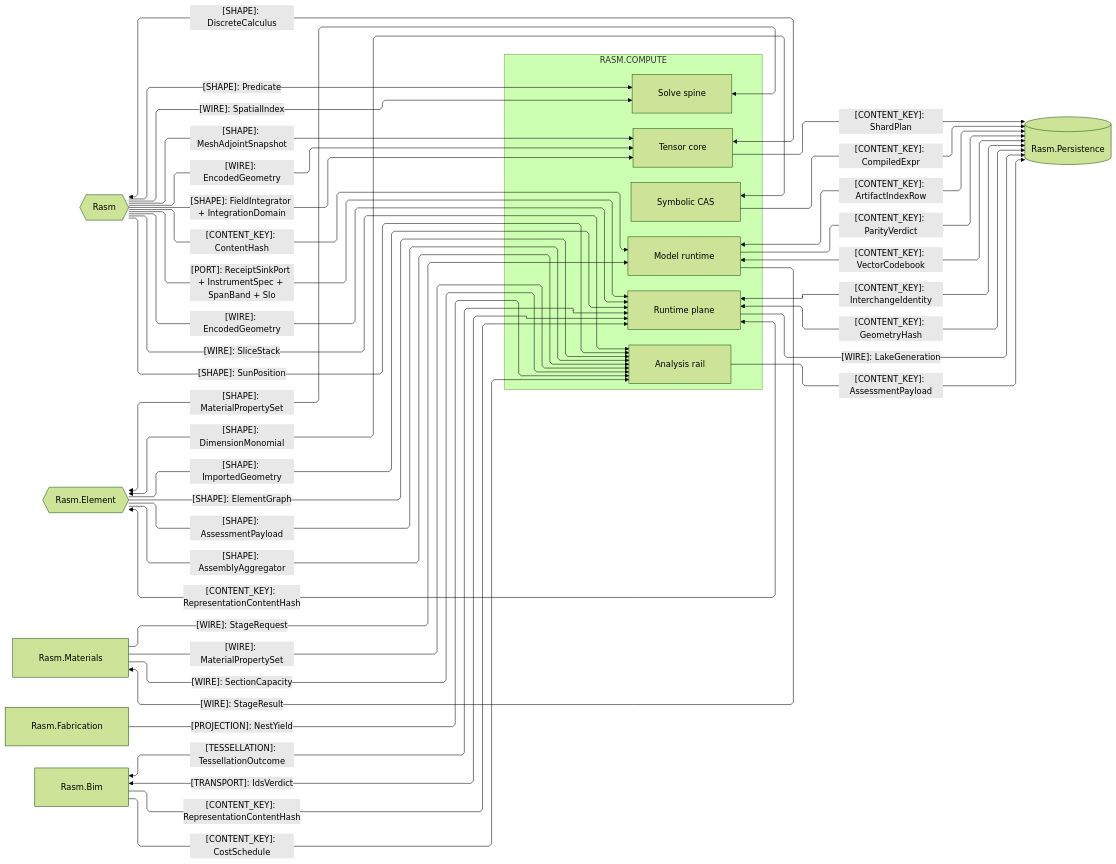
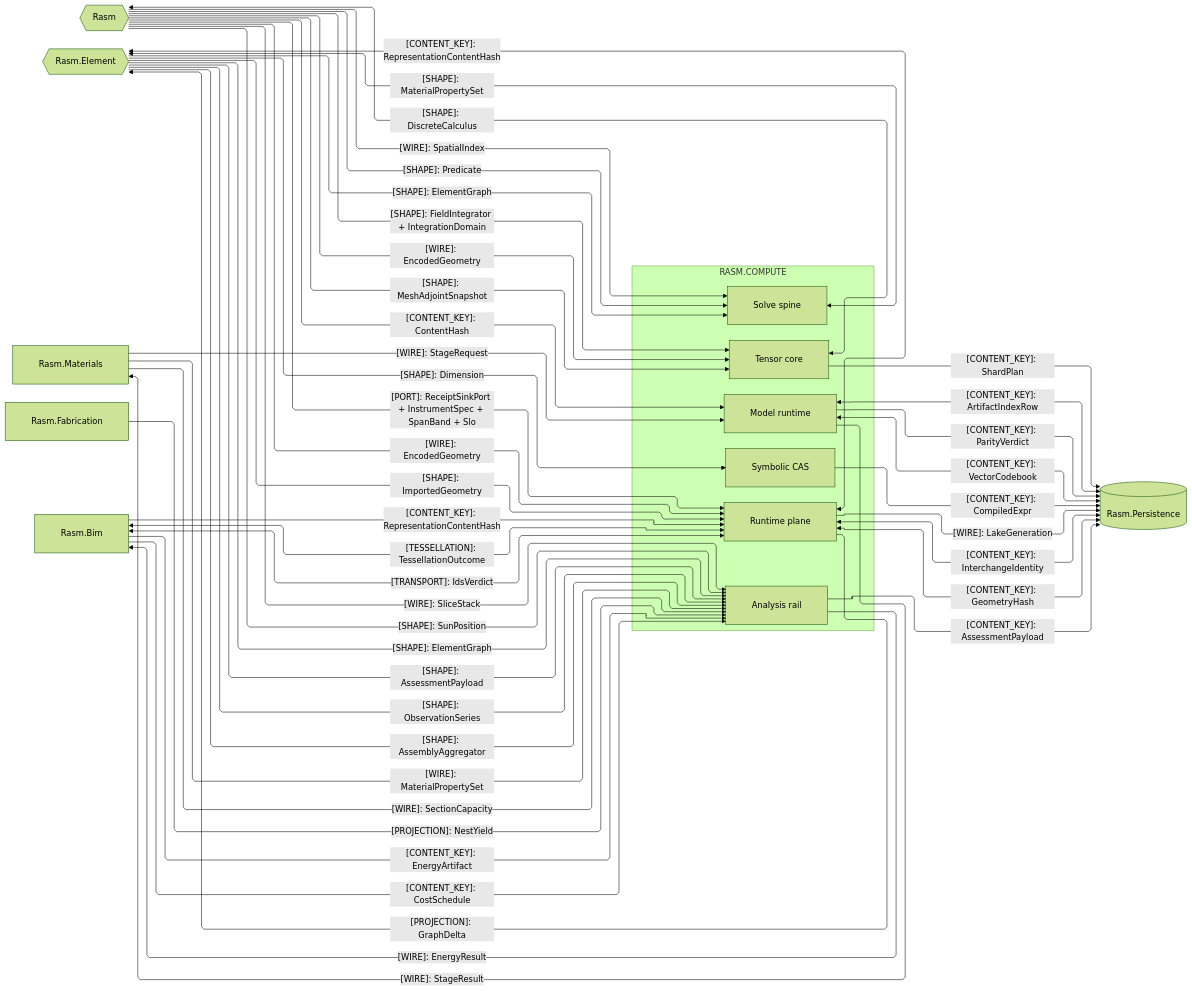
The second of 4 diagrams in libs/csharp/Rasm.Compute/ARCHITECTURE.md (bsamiee/Rasm), drawn with Mermaid (forest theme) before and after one commit. The commit also changed other lines of this file and 747 other files, not shown here.

````diff
--- a/libs/csharp/Rasm.Compute/ARCHITECTURE.md
+++ b/libs/csharp/Rasm.Compute/ARCHITECTURE.md
@@ -135,62 +135,67 @@
 ```mermaid
 ---
 config:
   layout: elk
   flowchart:
     curve: linear
     padding: 25
 ---
 flowchart LR
     accTitle: Compute AEC-domain and storage seams
     accDescr: Compute sub-domain owners exchanging content keys, neutral shapes, wires, projections, transport, and tessellation with the kernel, the Element/Materials/Bim/Fabrication AEC peers, and the persistence store, one edge per contract family labeled by kind and shared shape.
     subgraph compute[RASM.COMPUTE]
         Model[Model runtime]
         Tensor[Tensor core]
         Solver[Solve spine]
         Symbolic[Symbolic CAS]
         Analysis[Analysis rail]
         Runtime[Runtime plane]
     end
     Rasm{{Rasm}}
     Persistence[(Rasm.Persistence)]
     Element{{Rasm.Element}}
     Materials[Rasm.Materials]
     Fabrication[Rasm.Fabrication]
     Bim[Rasm.Bim]
     Rasm e1@-->|"[CONTENT_KEY]: ContentHash"| Model
     Rasm e22@-->|"[PORT]: ReceiptSinkPort + InstrumentSpec + SpanBand + Slo"| Runtime
     Rasm e2@-->|"[SHAPE]: Predicate"| Solver
     Tensor e3@<-->|"[SHAPE]: DiscreteCalculus"| Rasm
     Rasm e4@-->|"[WIRE]: SliceStack"| Analysis
     Rasm e18@-->|"[SHAPE]: MeshAdjointSnapshot"| Tensor
     Rasm e19@-->|"[WIRE]: SpatialIndex"| Solver
     Rasm e21@-->|"[WIRE]: EncodedGeometry"| Tensor
     Rasm e34@-->|"[SHAPE]: FieldIntegrator + IntegrationDomain"| Tensor
     Rasm e36@-->|"[SHAPE]: SunPosition"| Analysis
     Model e15@<-->|"[CONTENT_KEY]: ArtifactIndexRow"| Persistence
     Model e35@-->|"[CONTENT_KEY]: ParityVerdict"| Persistence
     Model e27@<-->|"[CONTENT_KEY]: VectorCodebook"| Persistence
     Tensor e16@-->|"[CONTENT_KEY]: ShardPlan"| Persistence
     Symbolic e14@-->|"[CONTENT_KEY]: CompiledExpr"| Persistence
     Analysis e13@-->|"[CONTENT_KEY]: AssessmentPayload"| Persistence
     Runtime e17@<-->|"[CONTENT_KEY]: InterchangeIdentity"| Persistence
     Runtime e28@<-->|"[CONTENT_KEY]: GeometryHash"| Persistence
     Runtime e29@-->|"[WIRE]: LakeGeneration"| Persistence
     Rasm e30@-->|"[WIRE]: EncodedGeometry"| Runtime
     Solver e8@<-->|"[SHAPE]: MaterialPropertySet"| Element
-    Symbolic e7@<-->|"[SHAPE]: DimensionMonomial"| Element
+    Element e7@-->|"[SHAPE]: Dimension"| Symbolic
     Element e5@-->|"[SHAPE]: ElementGraph"| Analysis
-    Element e22@-->|"[SHAPE]: AssessmentPayload"| Analysis
+    Element e40@-->|"[SHAPE]: ElementGraph"| Solver
+    Element e37@-->|"[SHAPE]: AssessmentPayload"| Analysis
+    Element e41@-->|"[SHAPE]: ObservationSeries"| Analysis
+    Runtime e42@-->|"[PROJECTION]: GraphDelta"| Element
     Runtime e6@<-->|"[CONTENT_KEY]: RepresentationContentHash"| Element
     Element e33@-->|"[SHAPE]: ImportedGeometry"| Runtime
     Element e10@-->|"[SHAPE]: AssemblyAggregator"| Analysis
     Materials e9@-->|"[WIRE]: MaterialPropertySet"| Analysis
     Materials e23@-->|"[WIRE]: SectionCapacity"| Analysis
     Materials e31@-->|"[WIRE]: StageRequest"| Model
     Model e32@-->|"[WIRE]: StageResult"| Materials
     Fabrication e12@-->|"[PROJECTION]: NestYield"| Analysis
     Bim e11@<-->|"[TESSELLATION]: TessellationOutcome"| Runtime
     Bim e24@<-->|"[TRANSPORT]: IdsVerdict"| Runtime
     Bim e25@-->|"[CONTENT_KEY]: RepresentationContentHash"| Runtime
     Bim e26@-->|"[CONTENT_KEY]: CostSchedule"| Analysis
+    Bim e38@-->|"[CONTENT_KEY]: EnergyArtifact"| Analysis
+    Analysis e39@-->|"[WIRE]: EnergyResult"| Bim
 ```
````
